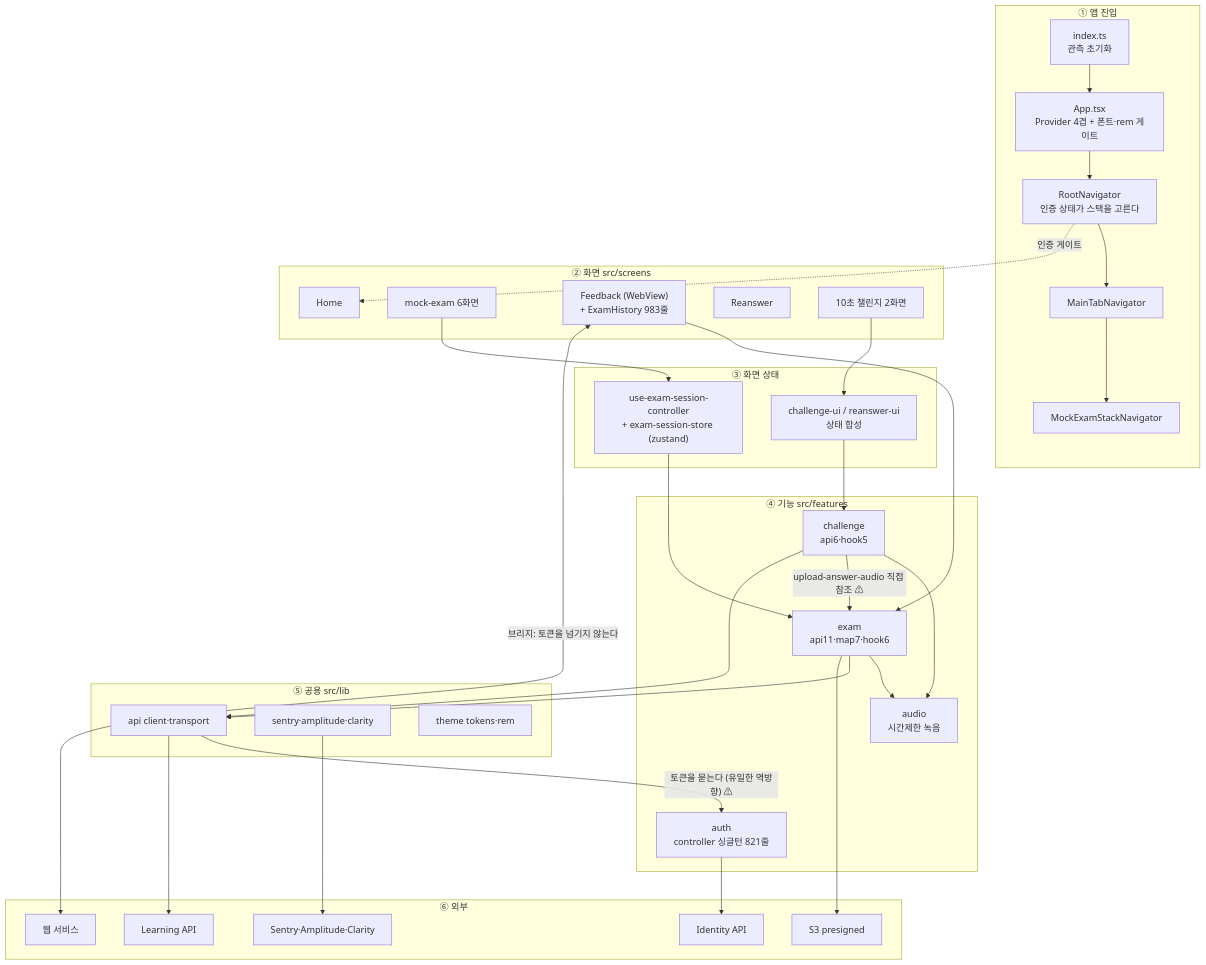
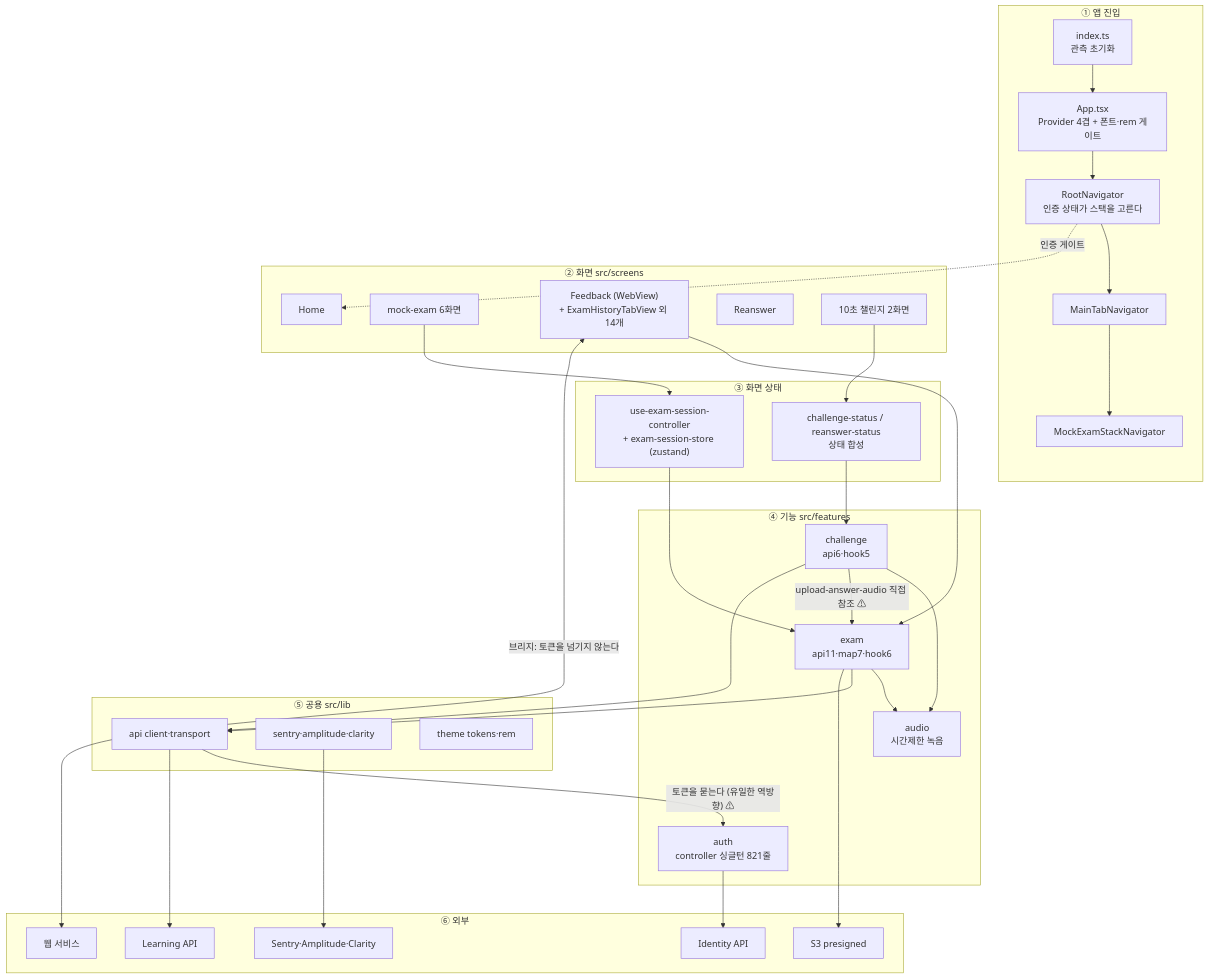
One commit to Too-Much-I/app-front-end changed the third of 5 diagrams in docs/architecture/alt-formats/diagrams.mmd.md. Above: the diagram before and after it, drawn with Mermaid. The commit also changed other lines of this file and 41 other files, not shown here.

````diff
--- a/docs/architecture/alt-formats/diagrams.mmd.md
+++ b/docs/architecture/alt-formats/diagrams.mmd.md
@@ -84,38 +84,38 @@
 ```mermaid
 graph TB
   subgraph L0["① 앱 진입"]
     IDX["index.ts<br/>관측 초기화"] --> APP["App.tsx<br/>Provider 4겹 + 폰트·rem 게이트"] --> RN["RootNavigator<br/>인증 상태가 스택을 고른다"]
     RN --> TAB["MainTabNavigator"] --> MS["MockExamStackNavigator"]
   end
   subgraph L1["② 화면 src/screens"]
-    SH["Home"]; SE["mock-exam 6화면"]; SF["Feedback (WebView)<br/>+ ExamHistory 983줄"]; SR["Reanswer"]; SC["10초 챌린지 2화면"]
+    SH["Home"]; SE["mock-exam 6화면"]; SF["Feedback (WebView)<br/>+ ExamHistoryTabView 외 14개"]; SR["Reanswer"]; SC["10초 챌린지 2화면"]
   end
   subgraph L2["③ 화면 상태"]
-    HE["use-exam-session-controller<br/>+ exam-session-store (zustand)"]; HU["challenge-ui / reanswer-ui<br/>상태 합성"]
+    HE["use-exam-session-controller<br/>+ exam-session-store (zustand)"]; HU["challenge-status / reanswer-status<br/>상태 합성"]
   end
   subgraph L3["④ 기능 src/features"]
     FA["auth<br/>controller 싱글턴 821줄"]; FE["exam<br/>api11·map7·hook6"]; FC["challenge<br/>api6·hook5"]; FD["audio<br/>시간제한 녹음"]
   end
   subgraph L4["⑤ 공용 src/lib"]
     LA["api client·transport"]; LO["sentry·amplitude·clarity"]; LT["theme tokens·rem"]
   end
   subgraph L5["⑥ 외부"]
     XI["Identity API"]; XL["Learning API"]; XS["S3 presigned"]; XW["웹 서비스"]; XO["Sentry·Amplitude·Clarity"]
   end
 
   RN -.인증 게이트.-> SH
   SE --> HE --> FE
   SC --> HU --> FC
   SF --> FE
   FE --> FD
   FC --> FD
   FC -->|"upload-answer-audio 직접 참조 ⚠"| FE
   FE --> LA
   FC --> LA
   LA -->|"토큰을 묻는다 (유일한 역방향) ⚠"| FA
   LA --> XL
   FA --> XI
   FE --> XS
   SF <-->|"브리지: 토큰을 넘기지 않는다"| XW
   LO --> XO
 ```
````
